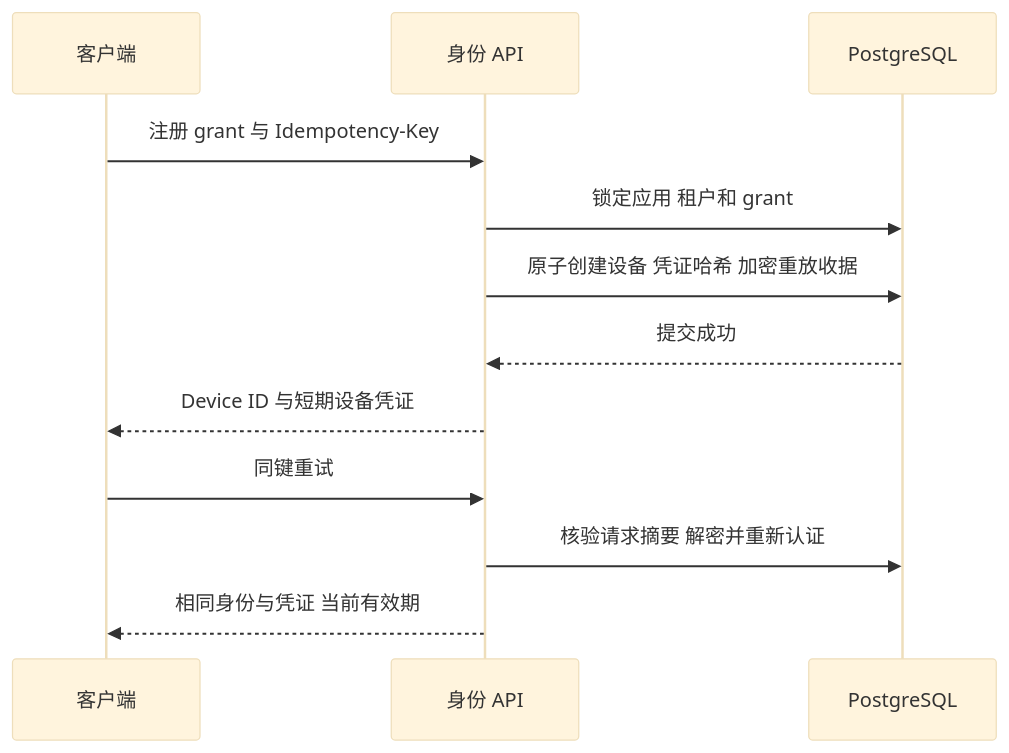
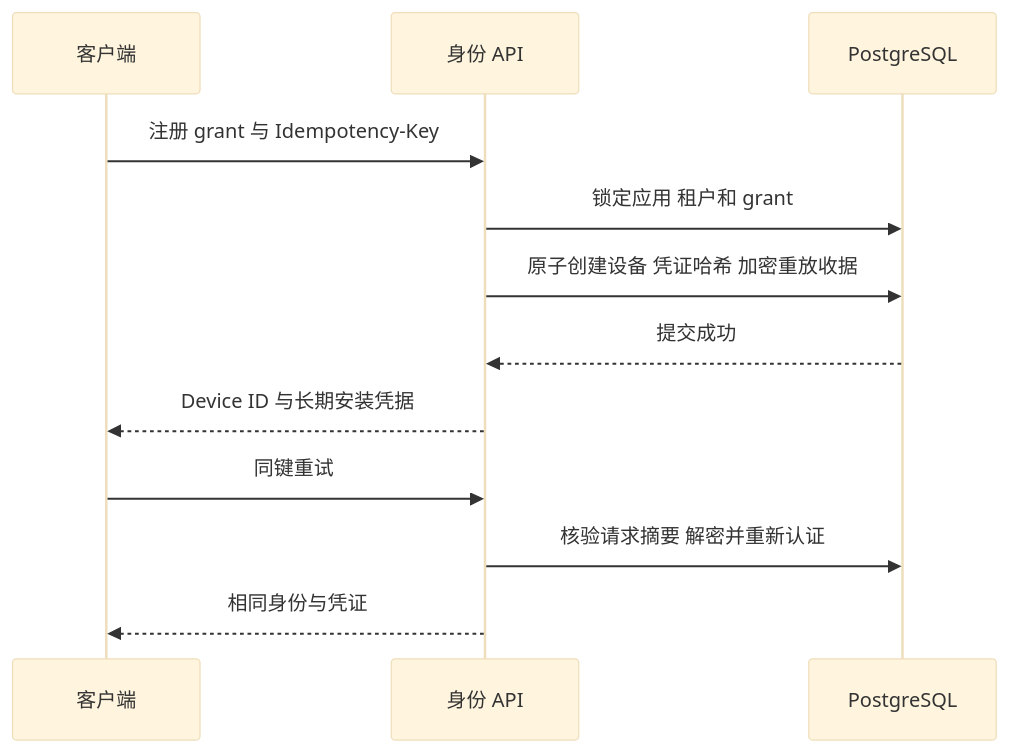
Before and after one commit to barry-ran/peerloom: the first of 2 diagrams in docs/设备身份模块.md, drawn with Mermaid (base theme). The commit also changed other lines of this file and 116 other files, not shown here.

````diff
--- a/docs/设备身份模块.md
+++ b/docs/设备身份模块.md
@@ -5,14 +5,14 @@
 ```mermaid
 sequenceDiagram
     participant SDK as 客户端
     participant API as 身份 API
     participant DB as PostgreSQL
     SDK->>API: 注册 grant 与 Idempotency-Key
     API->>DB: 锁定应用 租户和 grant
     API->>DB: 原子创建设备 凭证哈希 加密重放收据
     DB-->>API: 提交成功
-    API-->>SDK: Device ID 与短期设备凭证
+    API-->>SDK: Device ID 与长期安装凭据
     SDK->>API: 同键重试
     API->>DB: 核验请求摘要 解密并重新认证
-    API-->>SDK: 相同身份与凭证 当前有效期
+    API-->>SDK: 相同身份与凭证
 ```
````
